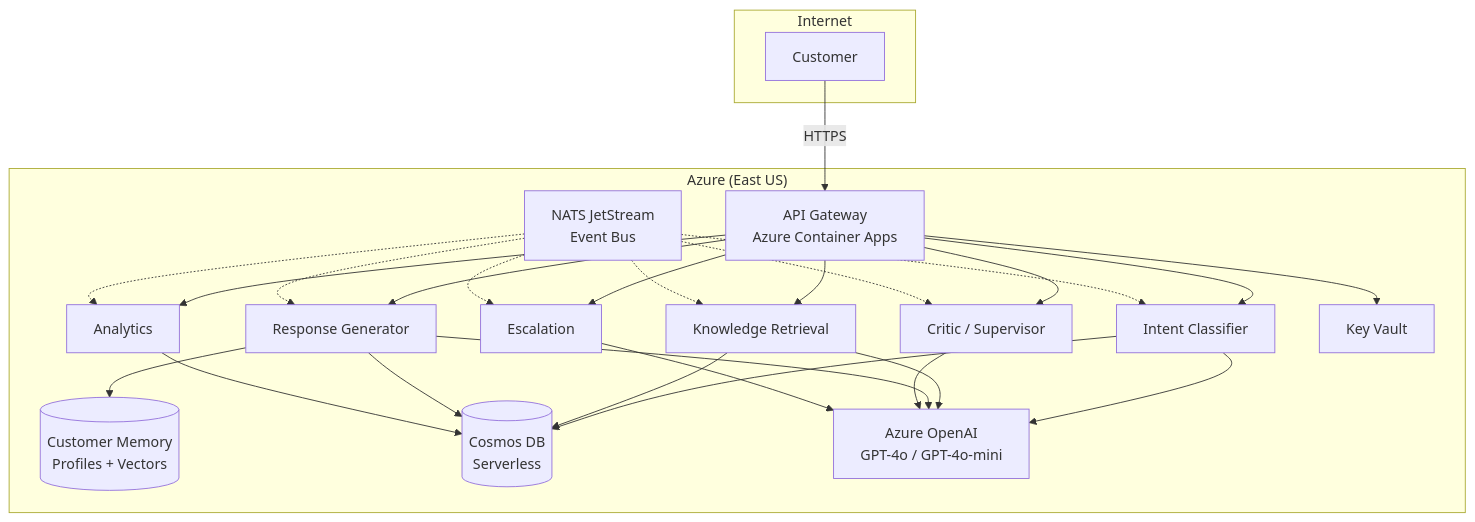
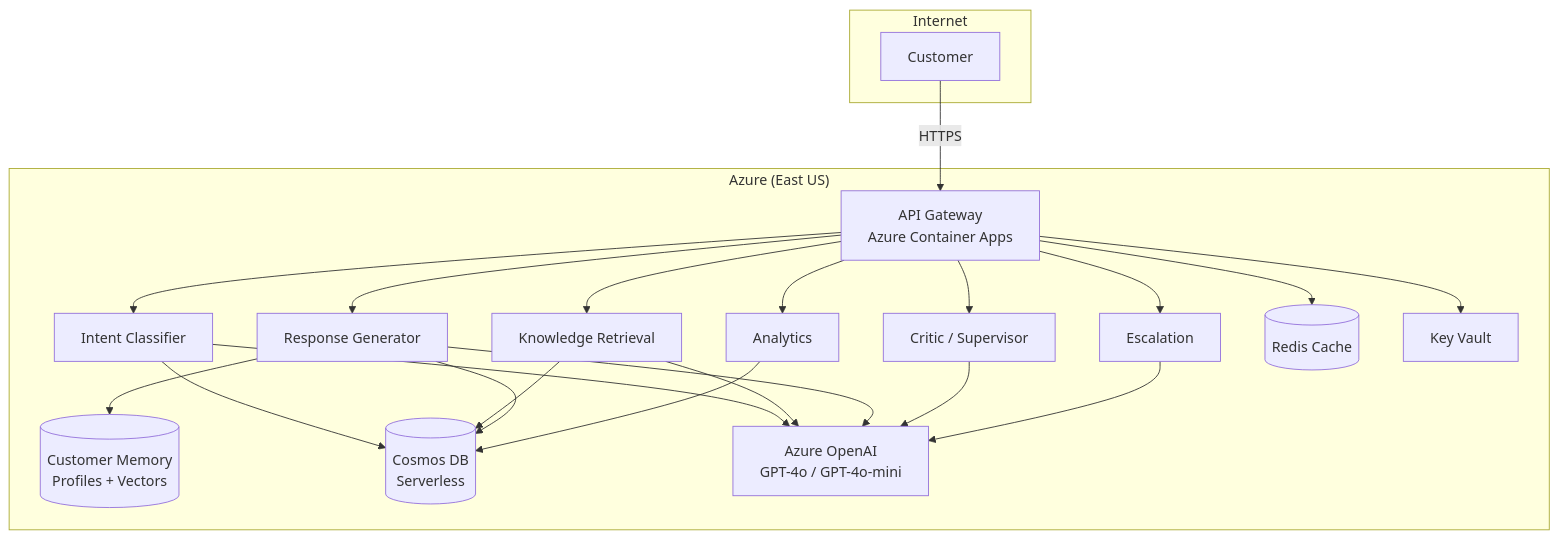
The second of 2 diagrams in docs-site/docs/getting-started/overview.md (Remaker-Digital/groundtruth-kb), drawn with Mermaid before and after one commit. The commit also changed other lines of this file and 34 other files, not shown here.

````diff
--- a/docs-site/docs/getting-started/overview.md
+++ b/docs-site/docs/getting-started/overview.md
@@ -42,34 +42,29 @@
 ```mermaid
 graph TB
     subgraph Internet
         CU[Customer]
     end
 
     subgraph Azure["Azure (East US)"]
         API[API Gateway\nAzure Container Apps]
         API --> IC[Intent Classifier]
         API --> KR[Knowledge Retrieval]
         API --> RG[Response Generator]
         API --> CS[Critic / Supervisor]
         API --> ESC[Escalation]
         API --> AN[Analytics]
 
-        NATS[NATS JetStream\nEvent Bus] -.-> IC
-        NATS -.-> KR
-        NATS -.-> RG
-        NATS -.-> CS
-        NATS -.-> ESC
-        NATS -.-> AN
-
         MEM[(Customer Memory\nProfiles + Vectors)]
         DB[(Cosmos DB\nServerless)]
+        RD[(Redis Cache)]
         KV[Key Vault]
         AI[Azure OpenAI\nGPT-4o / GPT-4o-mini]
     end
 
     CU -->|HTTPS| API
     IC & KR & RG & CS & ESC --> AI
     IC & KR & RG & AN --> DB
     RG --> MEM
     API --> KV
+    API --> RD
 ```
````
